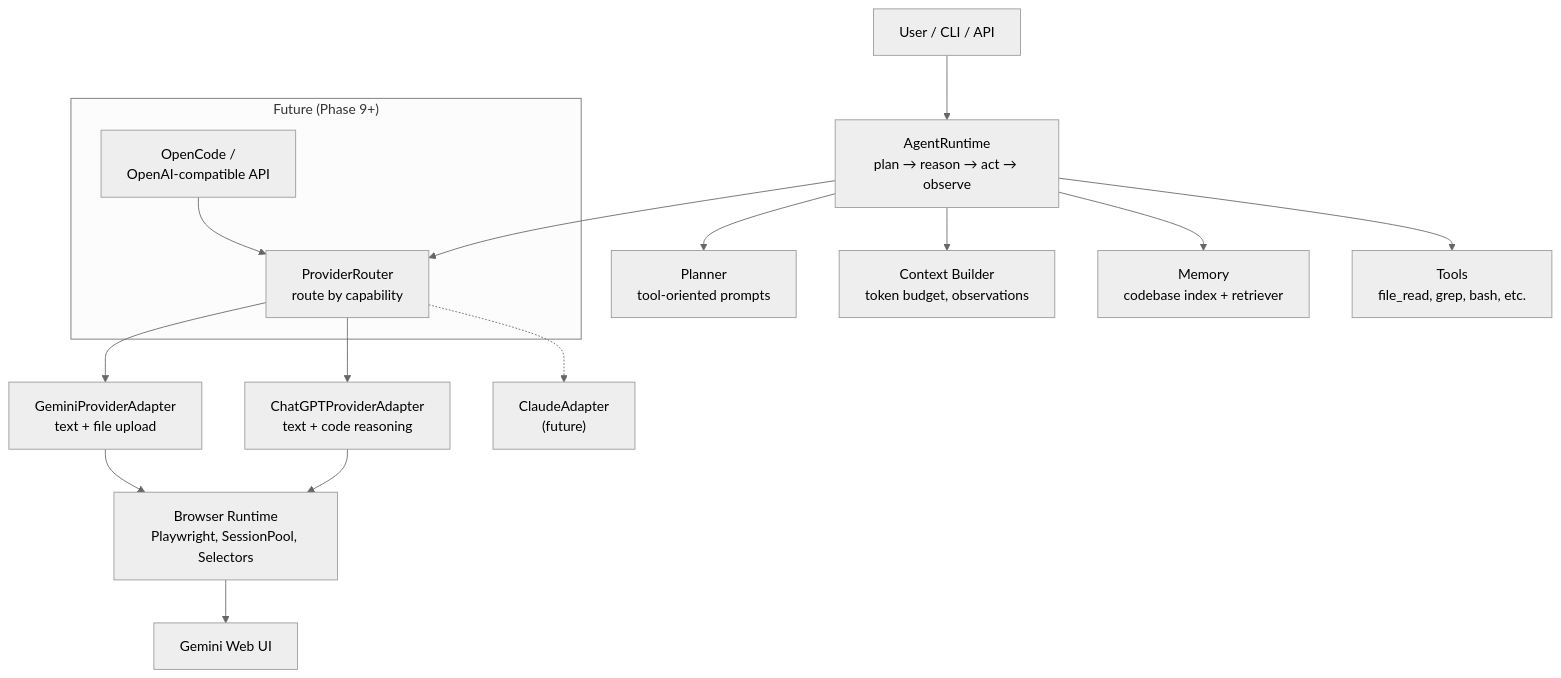
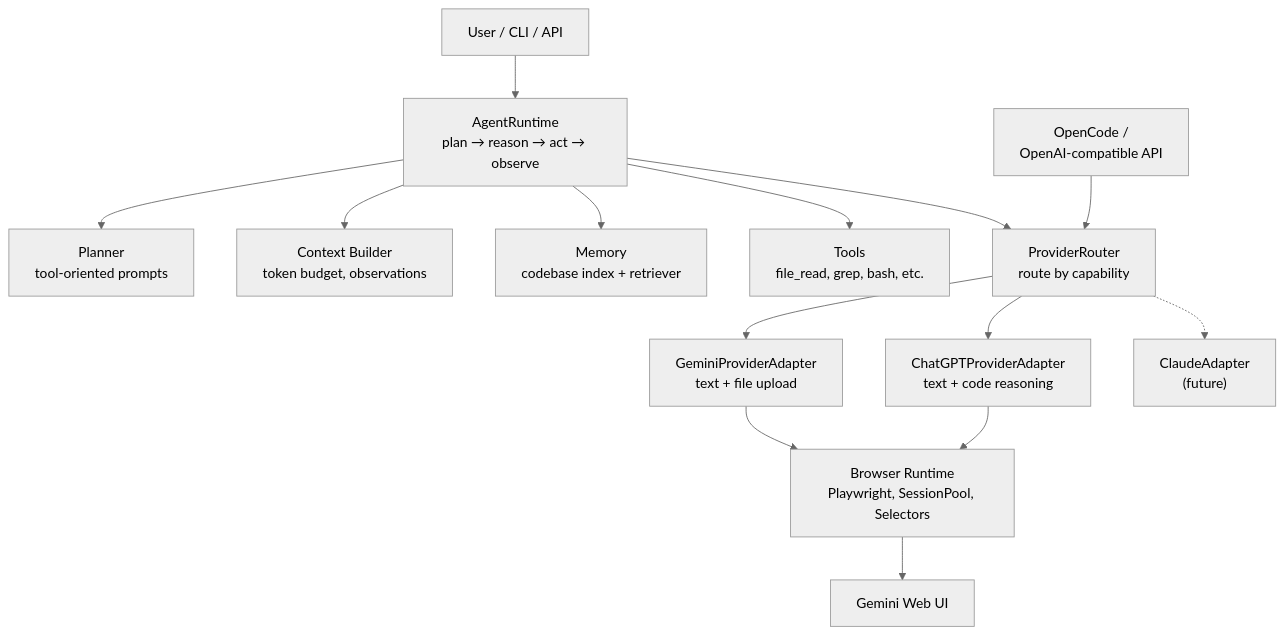
Before and after one commit to Vinay-003/Subscription-bridge: the diagram in README.md, drawn with Mermaid (neutral theme). The commit also changed other lines of this file and 1 other file, not shown here.

````diff
--- a/README.md
+++ b/README.md
@@ -32,33 +33,31 @@
 ```mermaid
 flowchart TB
     User["User / CLI / API"]
     AR["AgentRuntime<br/>plan → reason → act → observe"]
     PL["Planner<br/>tool-oriented prompts"]
     CB["Context Builder<br/>token budget, observations"]
     ME["Memory<br/>codebase index + retriever"]
     TO["Tools<br/>file_read, grep, bash, etc."]
     PR["ProviderRouter<br/>route by capability"]
     GP["GeminiProviderAdapter<br/>text + file upload"]
     CP["ChatGPTProviderAdapter<br/>text + code reasoning"]
     CL["ClaudeAdapter<br/>(future)"]
     BR["Browser Runtime<br/>Playwright, SessionPool, Selectors"]
     GW["Gemini Web UI"]
 
     User --> AR
     AR --> PL
     AR --> CB
     AR --> ME
     AR --> TO
     AR --> PR
     PR --> GP
     PR --> CP
     PR -.-> CL
     GP --> BR
     CP --> BR
     BR --> GW
 
-    subgraph future ["Future (Phase 9+)"]
-        OC["OpenCode /<br/>OpenAI-compatible API"]
-        OC --> PR
-    end
+    OC["OpenCode /<br/>OpenAI-compatible API"]
+    OC --> PR
 ```
````
